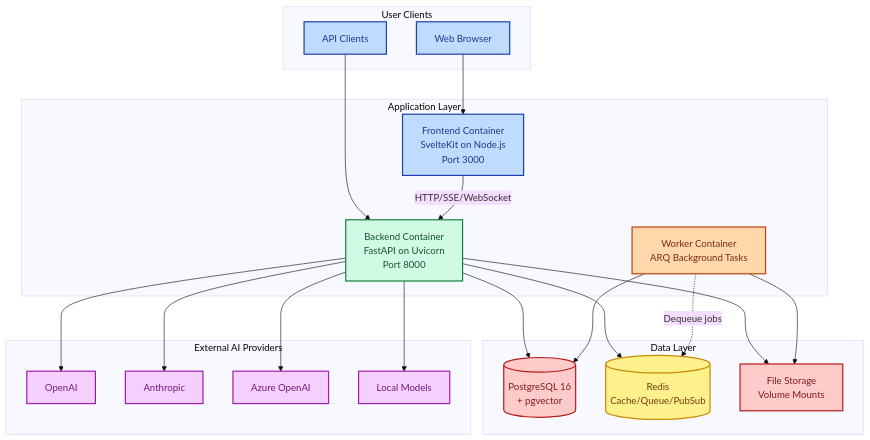
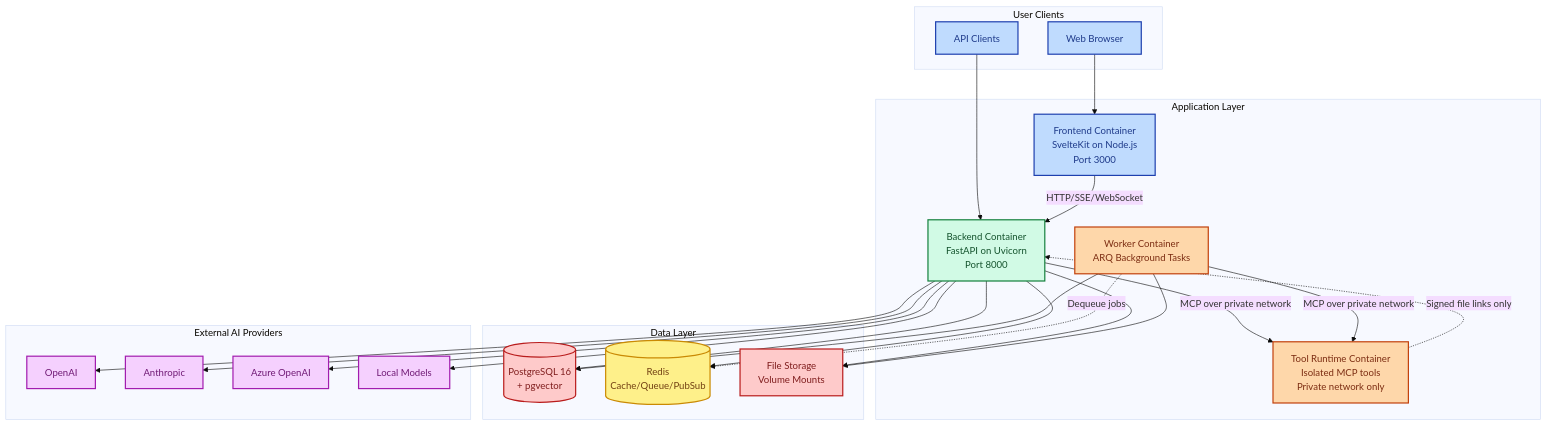
Before and after one commit to eneo-ai/eneo: the second of 7 diagrams in docs/ARCHITECTURE.md, drawn with Mermaid. The commit also changed other lines of this file and 16 other files, not shown here.

First line of the commit message:
docs(mcp): explain the tool architecture, the runtime split and its security model

````diff
--- a/docs/ARCHITECTURE.md
+++ b/docs/ARCHITECTURE.md
@@ -66,59 +66,64 @@
 ```mermaid
 %%{init: {'theme': 'base'}}%%
 graph TD
     classDef userFacing fill:#bfdbfe,stroke:#1e40af,stroke-width:2px,color:#1e3a8a
     classDef appLogic fill:#d1fae5,stroke:#15803d,stroke-width:2px,color:#14532d
     classDef dataStore fill:#fecaca,stroke:#b91c1c,stroke-width:2px,color:#7f1d1d
     classDef caching fill:#fef08a,stroke:#ca8a04,stroke-width:2px,color:#713f12
     classDef external fill:#f5d0fe,stroke:#a21caf,stroke-width:2px,color:#701a75
     classDef workers fill:#fed7aa,stroke:#c2410c,stroke-width:2px,color:#7c2d12
 
     subgraph "User Clients"
         WEB[Web Browser]
         API[API Clients]
     end
 
     subgraph "Application Layer"
         FE[Frontend Container<br/>SvelteKit on Node.js<br/>Port 3000]
         BE[Backend Container<br/>FastAPI on Uvicorn<br/>Port 8000]
         WK[Worker Container<br/>ARQ Background Tasks]
+        TR[Tool Runtime Container<br/>Isolated MCP tools<br/>Private network only]
     end
 
     subgraph "Data Layer"
         DB[(PostgreSQL 16<br/>+ pgvector)]
         REDIS[(Redis<br/>Cache/Queue/PubSub)]
         FS[File Storage<br/>Volume Mounts]
     end
 
     subgraph "External AI Providers"
         OPENAI[OpenAI]
         ANTHROPIC[Anthropic]
         AZURE[Azure OpenAI]
         LOCAL[Local Models]
     end
 
     WEB --> FE
     API --> BE
 
     FE -->|HTTP/SSE/WebSocket| BE
 
     BE --> DB
     BE --> REDIS
     BE --> FS
     BE --> OPENAI
     BE --> ANTHROPIC
     BE --> AZURE
     BE --> LOCAL
 
     WK -.->|Dequeue jobs| REDIS
     WK --> DB
     WK --> FS
 
+    BE -->|MCP over private network| TR
+    WK -->|MCP over private network| TR
+    TR -.->|Signed file links only| BE
+
     class WEB,API userFacing
     class FE userFacing
     class BE appLogic
-    class WK workers
+    class WK,TR workers
     class DB,FS dataStore
     class REDIS caching
     class OPENAI,ANTHROPIC,AZURE,LOCAL external
 ```
````
